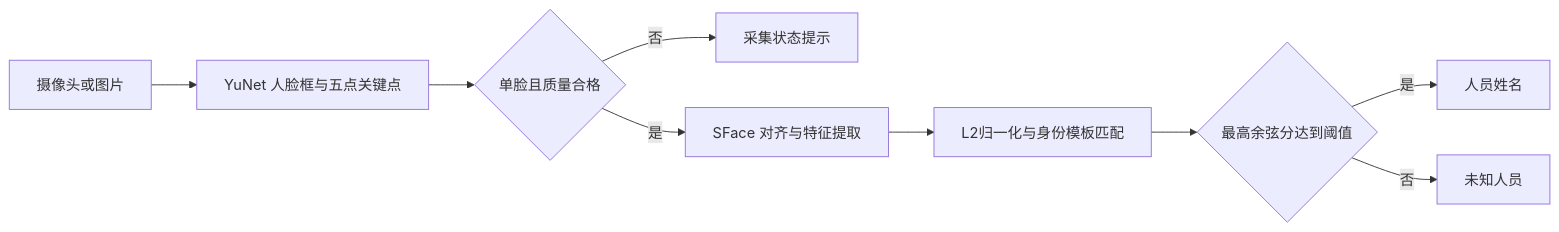
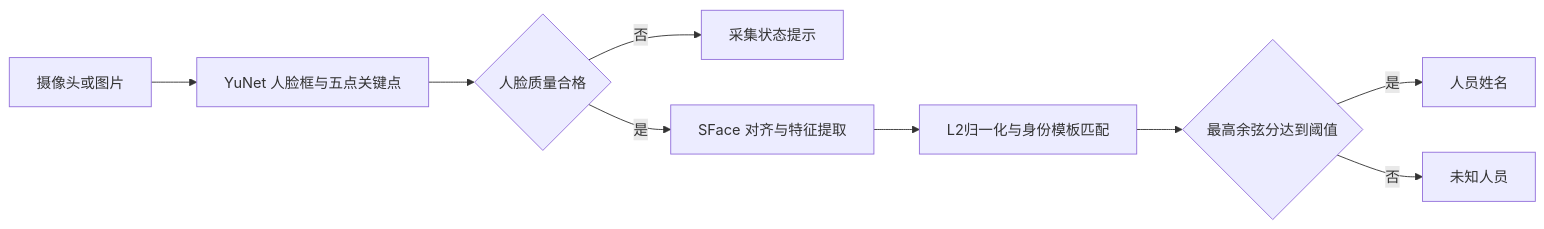
The diagram in README.md (DannyTheCreator/FaceCompare), drawn with Mermaid before and after one commit. The commit also changed other lines of this file and 26 other files, not shown here.

````diff
--- a/README.md
+++ b/README.md
@@ -76,11 +76,11 @@
 ```mermaid
 flowchart LR
     A[摄像头或图片] --> B[YuNet 人脸框与五点关键点]
-    B --> C{单脸且质量合格}
+    B --> C{人脸质量合格}
     C -->|否| D[采集状态提示]
     C -->|是| E[SFace 对齐与特征提取]
     E --> F[L2归一化与身份模板匹配]
     F --> G{最高余弦分达到阈值}
     G -->|是| H[人员姓名]
     G -->|否| I[未知人员]
 ```
````
